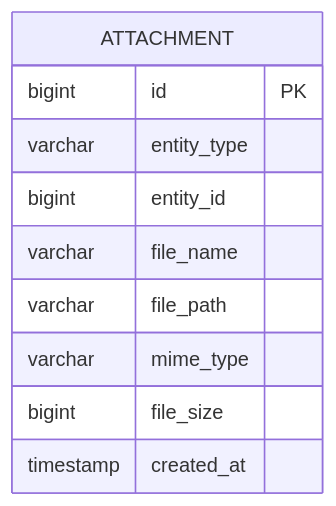
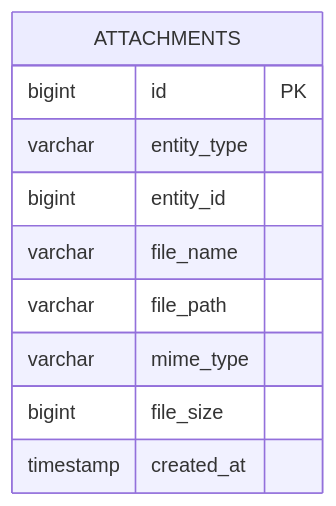
Before and after one commit to upleat-ax/u-maker-plugin: the sixth of 6 diagrams in skills/u-design/references/erd-spec.md, drawn with Mermaid. The commit also changed other lines of this file, not shown here.

First line of the commit message:
feat: upgrade ERD naming conventions to advanced standard

````diff
--- a/skills/u-design/references/erd-spec.md
+++ b/skills/u-design/references/erd-spec.md
@@ -248,13 +250,13 @@
 ```mermaid
 erDiagram
-    ATTACHMENT {
+    ATTACHMENTS {
         bigint id PK
         varchar entity_type
         bigint entity_id
         varchar file_name
         varchar file_path
         varchar mime_type
         bigint file_size
         timestamp created_at
     }
 ```
````
